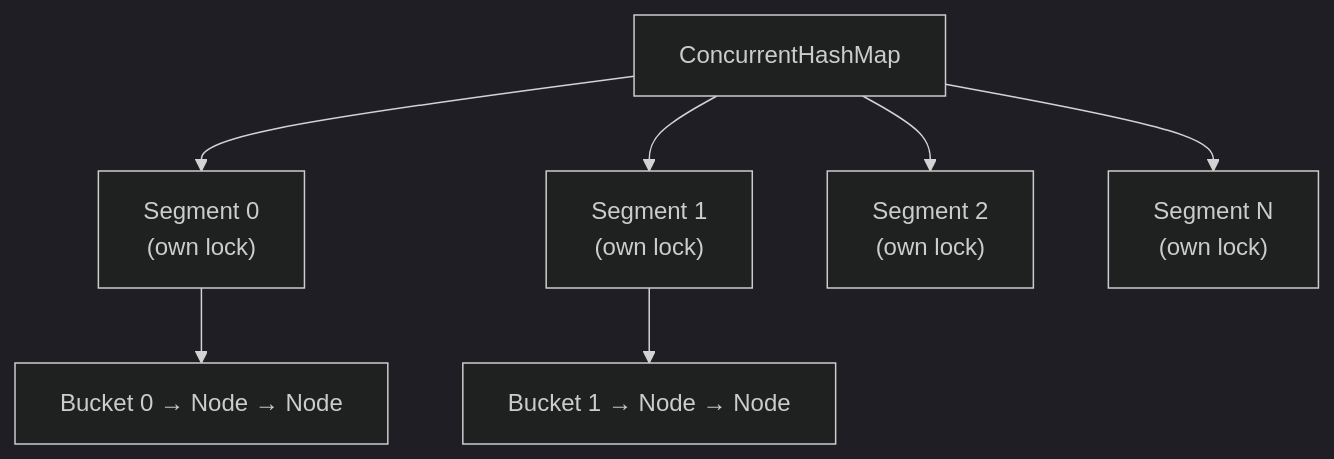
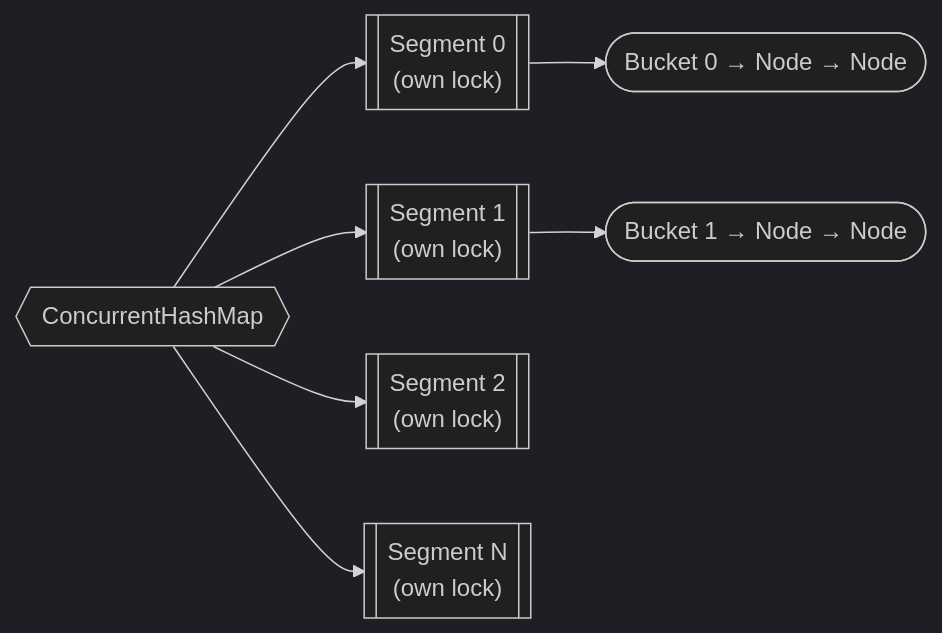
Before and after one commit to saivamsikaruturi/vamsilabs-dev-notes-main: the eighth of 9 diagrams in docs/java/MultiThreading.md, drawn with Mermaid (dark theme). The commit also changed other lines of this file and 146 other files, not shown here.

Commit message:
Horizontal diagrams, UML class diagrams, typography overhaul, and permalink cleanup

````diff
--- a/docs/java/MultiThreading.md
+++ b/docs/java/MultiThreading.md
@@ -910,10 +912,10 @@
 ```mermaid
-graph TD
-    CHM["ConcurrentHashMap"]
-    CHM --> S0["Segment 0<br/>(own lock)"]
-    CHM --> S1["Segment 1<br/>(own lock)"]
-    CHM --> S2["Segment 2<br/>(own lock)"]
-    CHM --> SN["Segment N<br/>(own lock)"]
-    S0 --> B0["Bucket 0 → Node → Node"]
-    S1 --> B1["Bucket 1 → Node → Node"]
+flowchart LR
+    CHM{{"ConcurrentHashMap"}}
+    CHM --> S0[["Segment 0<br/>(own lock)"]]
+    CHM --> S1[["Segment 1<br/>(own lock)"]]
+    CHM --> S2[["Segment 2<br/>(own lock)"]]
+    CHM --> SN[["Segment N<br/>(own lock)"]]
+    S0 --> B0(["Bucket 0 → Node → Node"])
+    S1 --> B1(["Bucket 1 → Node → Node"])
 ```
````
